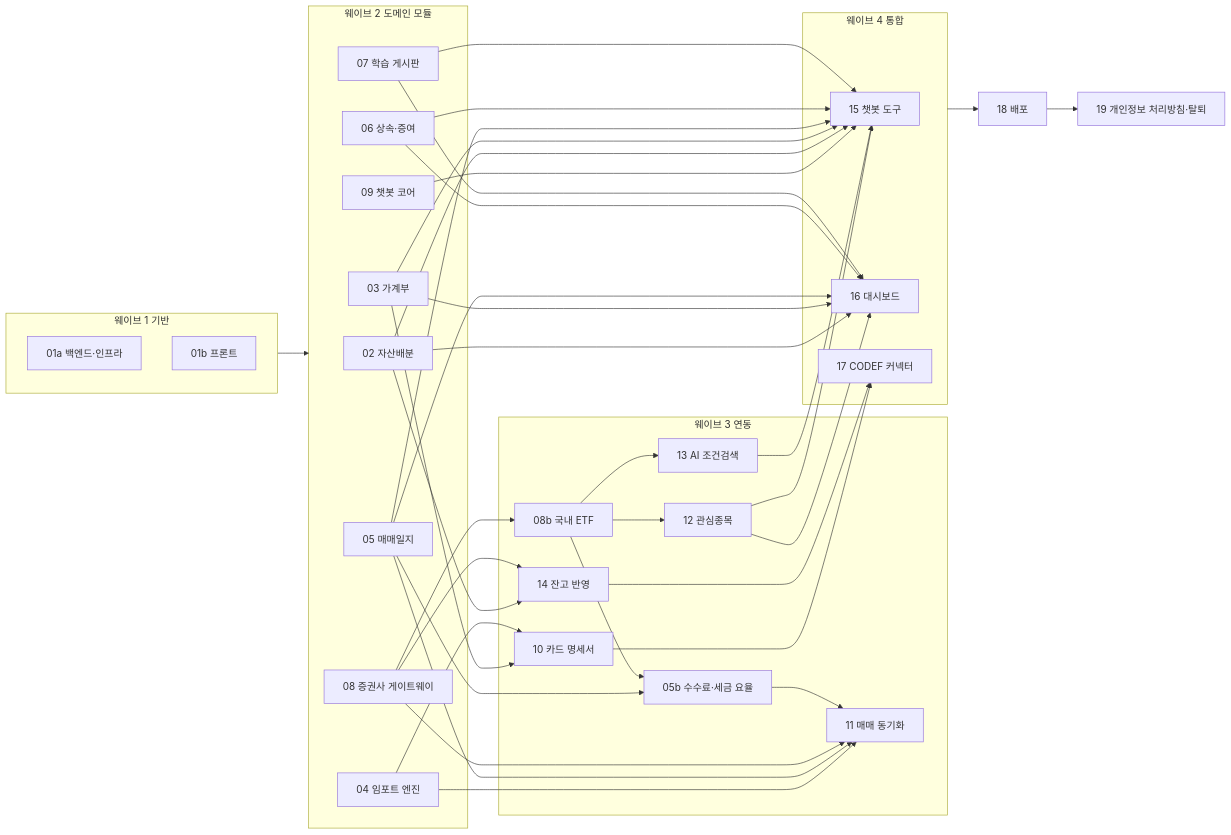
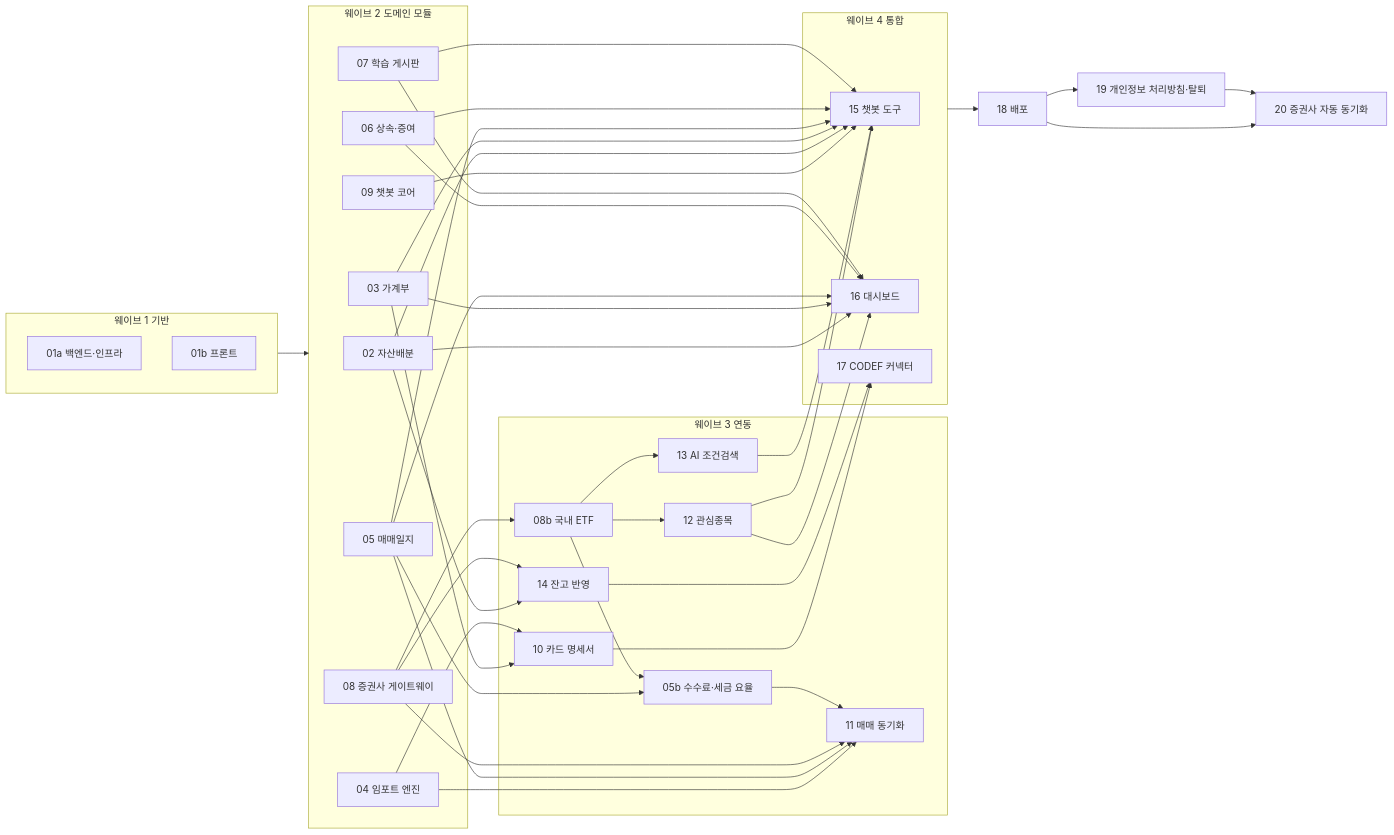
The diagram in docs/roadmap.md (ohch9712/all-weather-finance), drawn with Mermaid before and after one commit. The commit also changed other lines of this file and 7 other files, not shown here.

Commit message:
토스 주문 단위 체결 규칙과 증권사 자동 동기화 스펙 추가

````diff
--- a/docs/roadmap.md
+++ b/docs/roadmap.md
@@ -8,54 +8,56 @@
 ```mermaid
 flowchart LR
   subgraph W1[웨이브 1 기반]
     T01a[01a 백엔드·인프라]
     T01b[01b 프론트]
   end
   subgraph W2[웨이브 2 도메인 모듈]
     T02[02 자산배분]
     T03[03 가계부]
     T04[04 임포트 엔진]
     T05[05 매매일지]
     T06[06 상속·증여]
     T07[07 학습 게시판]
     T08[08 증권사 게이트웨이]
     T09[09 챗봇 코어]
   end
   subgraph W3[웨이브 3 연동]
     T10[10 카드 명세서]
     T11[11 매매 동기화]
     T05b[05b 수수료·세금 요율]
     T08b[08b 국내 ETF]
     T12[12 관심종목]
     T13[13 AI 조건검색]
     T14[14 잔고 반영]
   end
   subgraph W4[웨이브 4 통합]
     T15[15 챗봇 도구]
     T16[16 대시보드]
     T17[17 CODEF 커넥터]
   end
   T18[18 배포]
   T19[19 개인정보 처리방침·탈퇴]
+  T20[20 증권사 자동 동기화]
   W1 --> W2
   T03 --> T10
   T04 --> T10
   T04 --> T11
   T05 --> T11
   T08 --> T11
   T08 --> T08b
   T05 --> T05b
   T08b --> T05b
   T05b --> T11
   T08b --> T12
   T08b --> T13
   T02 --> T14
   T08 --> T14
   T09 --> T15
   T02 & T03 & T05 & T06 & T07 & T12 & T13 --> T15
   T02 & T03 & T05 & T06 & T07 & T12 --> T16
   T10 --> T17
   T14 --> T17
   W4 --> T18
   T18 --> T19
+  T18 & T19 --> T20
 ```
````
